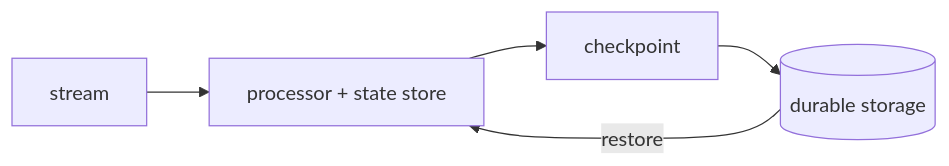
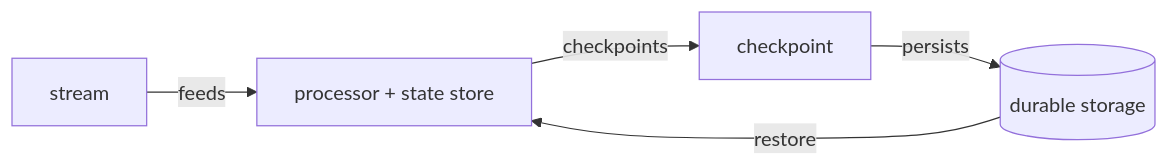
Before and after one commit to vinayakuber/streaming-systems-study-guide: the eighth of 19 diagrams in docs/ch07-the-practicalities-of-persistent-state.md, drawn with Mermaid. The commit also changed other lines of this file and 22 other files, not shown here.

First line of the commit message:
R18: label every diagram arrow with its meaning

````diff
--- a/docs/ch07-the-practicalities-of-persistent-state.md
+++ b/docs/ch07-the-practicalities-of-persistent-state.md
@@ -187,7 +187,7 @@
 ```mermaid
 flowchart LR
-  S["stream"] --> P["processor + state store"]
-  P --> C["checkpoint"]
-  C --> D[(durable storage)]
+  S["stream"] -->|"feeds"| P["processor + state store"]
+  P -->|"checkpoints"| C["checkpoint"]
+  C -->|"persists"| D[(durable storage)]
   D -->|restore| P
 ```
````
